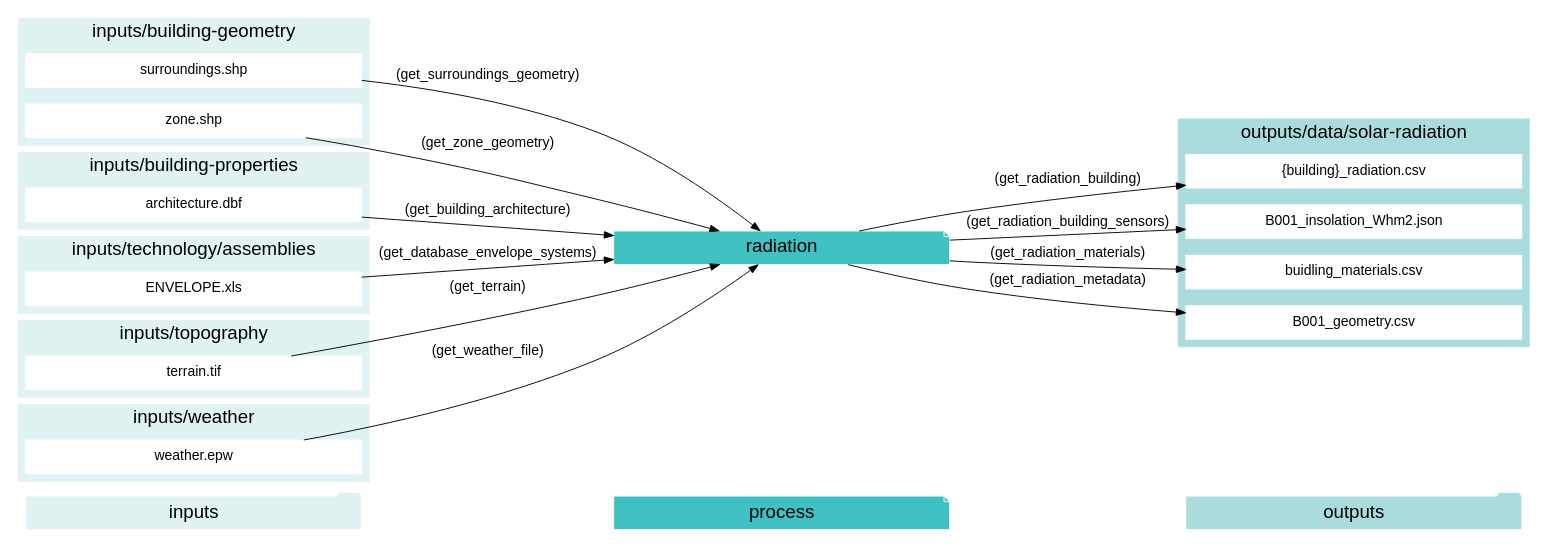
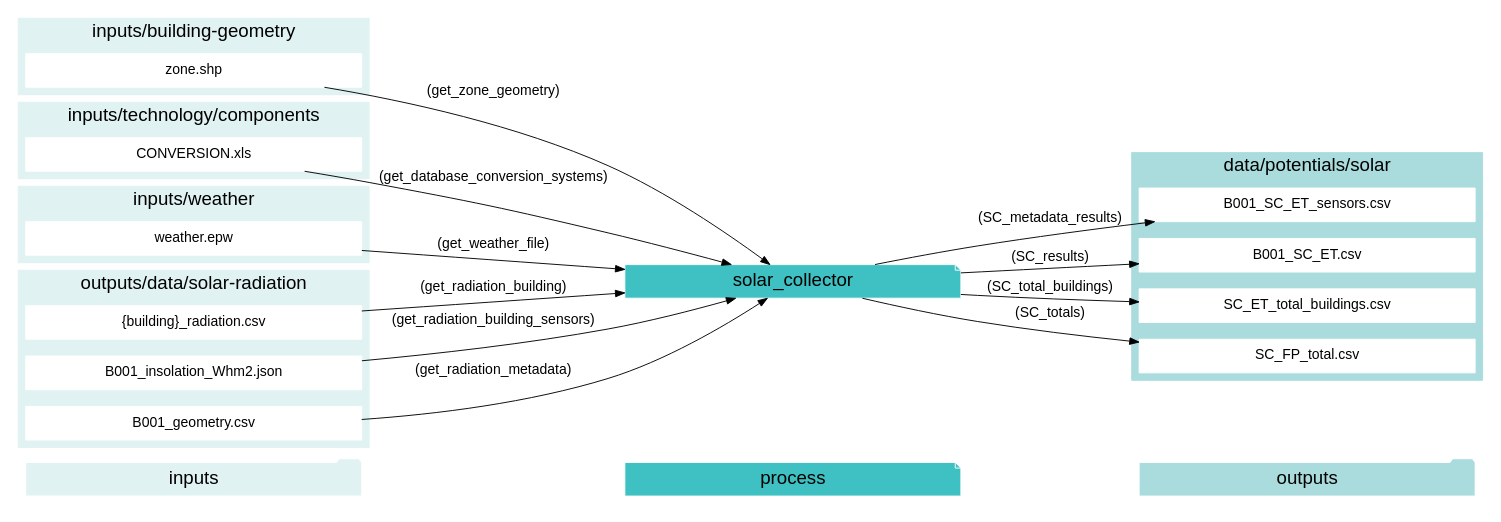
The fourth of 22 diagrams in docs/script-data-flow.rst (architecture-building-systems/CityEnergyAnalyst), drawn with Graphviz before and after one commit. The commit also changed other lines of this file and 27 other files, not shown here.

Commit message:
graphviz script overviews now work

```diff
--- a/docs/script-data-flow.rst
+++ b/docs/script-data-flow.rst
@@ -232,81 +232,74 @@
 .. graphviz::
 
-    digraph radiation {
+    digraph solar_collector {
     rankdir="LR";
     graph [overlap=false, fontname=arial];
     node [shape=box, style=filled, color=white, fontsize=15, fontname=arial, fixedsize=true, width=5];
     edge [fontname=arial, fontsize = 15]
     newrank=true
     subgraph cluster_legend {
-    fontsize=25
-    style=invis
-    "process"[style=filled, fillcolor="#3FC0C2", shape=note, fontsize=20, fontname="arial"]
-    "inputs" [style=filled, shape=folder, color=white, fillcolor="#E1F2F2", fontsize=20]
-    "outputs"[style=filled, shape=folder, color=white, fillcolor="#aadcdd", fontsize=20]
-    "inputs"->"process"[style=invis]
-    "process"->"outputs"[style=invis]
+        fontsize=25
+        style=invis
+        "process"[style=filled, fillcolor="#3FC0C2", shape=note, fontsize=20, fontname="arial"]
+        "inputs" [style=filled, shape=folder, color=white, fillcolor="#E1F2F2", fontsize=20]
+        "outputs"[style=filled, shape=folder, color=white, fillcolor="#aadcdd", fontsize=20]
+        "inputs"->"process"[style=invis]
+        "process"->"outputs"[style=invis]
     }
-    "radiation"[style=filled, color=white, fillcolor="#3FC0C2", shape=note, fontsize=20, fontname=arial];
-    subgraph cluster_0_in {
+    "solar_collector"[style=filled, color=white, fillcolor="#3FC0C2", shape=note, fontsize=20, fontname=arial];
+    subgraph cluster_0_out {
         style = filled;
-        color = "#E1F2F2";
+        color = "#aadcdd";
         fontsize = 20;
         rank=same;
-        label="inputs/building-geometry";
-        "surroundings.shp"
-        "zone.shp"
+        label="data/potentials/solar";
+        SC_metadata_results[label="B001_SC_ET_sensors.csv"];
+        SC_results[label="B001_SC_ET.csv"];
+        SC_total_buildings[label="SC_ET_total_buildings.csv"];
+        SC_totals[label="SC_FP_total.csv"];
     }
     subgraph cluster_1_in {
         style = filled;
         color = "#E1F2F2";
         fontsize = 20;
         rank=same;
-        label="inputs/building-properties";
-        "architecture.dbf"
+        label="inputs/building-geometry";
+        get_zone_geometry[label="zone.shp"];
     }
     subgraph cluster_2_in {
         style = filled;
         color = "#E1F2F2";
         fontsize = 20;
         rank=same;
-        label="inputs/technology/assemblies";
-        "ENVELOPE.xls"
+        label="inputs/technology/components";
+        get_database_conversion_systems[label="CONVERSION.xls"];
     }
     subgraph cluster_3_in {
         style = filled;
         color = "#E1F2F2";
         fontsize = 20;
         rank=same;
-        label="inputs/topography";
-        "terrain.tif"
+        label="inputs/weather";
+        get_weather_file[label="weather.epw"];
     }
     subgraph cluster_4_in {
         style = filled;
         color = "#E1F2F2";
         fontsize = 20;
         rank=same;
-        label="inputs/weather";
-        "weather.epw"
+        label="outputs/data/solar-radiation";
+        get_radiation_building[label="{building}_radiation.csv"];
+        get_radiation_building_sensors[label="B001_insolation_Whm2.json"];
+        get_radiation_metadata[label="B001_geometry.csv"];
     }
-    subgraph cluster_5_out {
-        style = filled;
-        color = "#aadcdd";
-        fontsize = 20;
-        rank=same;
-        label="outputs/data/solar-radiation";
-        "{building}_radiation.csv"
-        "B001_insolation_Whm2.json"
-        "buidling_materials.csv"
-        "B001_geometry.csv"
+    get_database_conversion_systems -> "solar_collector"[label="(get_database_conversion_systems)"];
+    get_radiation_building -> "solar_collector"[label="(get_radiation_building)"];
+    get_radiation_building_sensors -> "solar_collector"[label="(get_radiation_building_sensors)"];
+    get_radiation_metadata -> "solar_collector"[label="(get_radiation_metadata)"];
+    get_weather_file -> "solar_collector"[label="(get_weather_file)"];
+    get_zone_geometry -> "solar_collector"[label="(get_zone_geometry)"];
+    "solar_collector" -> SC_metadata_results[label="(SC_metadata_results)"];
+    "solar_collector" -> SC_results[label="(SC_results)"];
+    "solar_collector" -> SC_total_buildings[label="(SC_total_buildings)"];
+    "solar_collector" -> SC_totals[label="(SC_totals)"];
     }
-    "architecture.dbf" -> "radiation"[label="(get_building_architecture)"]
-    "ENVELOPE.xls" -> "radiation"[label="(get_database_envelope_systems)"]
-    "surroundings.shp" -> "radiation"[label="(get_surroundings_geometry)"]
-    "terrain.tif" -> "radiation"[label="(get_terrain)"]
-    "weather.epw" -> "radiation"[label="(get_weather_file)"]
-    "zone.shp" -> "radiation"[label="(get_zone_geometry)"]
-    "radiation" -> "{building}_radiation.csv"[label="(get_radiation_building)"]
-    "radiation" -> "B001_insolation_Whm2.json"[label="(get_radiation_building_sensors)"]
-    "radiation" -> "buidling_materials.csv"[label="(get_radiation_materials)"]
-    "radiation" -> "B001_geometry.csv"[label="(get_radiation_metadata)"]
-    }
```
